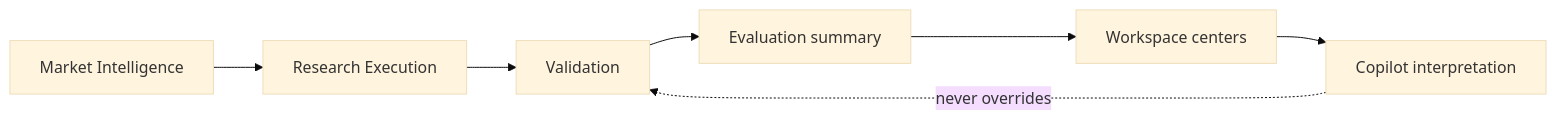
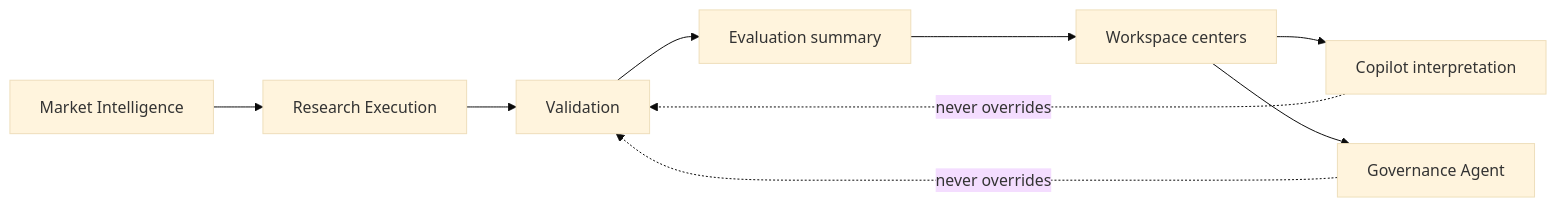
Before and after one commit to josephwang-ds/ai-quant-signal-platform: the fourth of 4 diagrams in docs/ARCHITECTURE.md, drawn with Mermaid (base theme). The commit also changed other lines of this file and 7 other files, not shown here.

First line of the commit message:
docs(agent): document governance boundaries and architecture

````diff
--- a/docs/ARCHITECTURE.md
+++ b/docs/ARCHITECTURE.md
@@ -70,9 +96,11 @@
 ```mermaid
 flowchart LR
   MI[Market Intelligence] --> RE[Research Execution]
   RE --> VAL[Validation]
   VAL --> EVAL[Evaluation summary]
   EVAL --> UI[Workspace centers]
   UI --> COP[Copilot interpretation]
+  UI --> AG[Governance Agent]
   COP -.->|never overrides| VAL
+  AG -.->|never overrides| VAL
 ```
````
